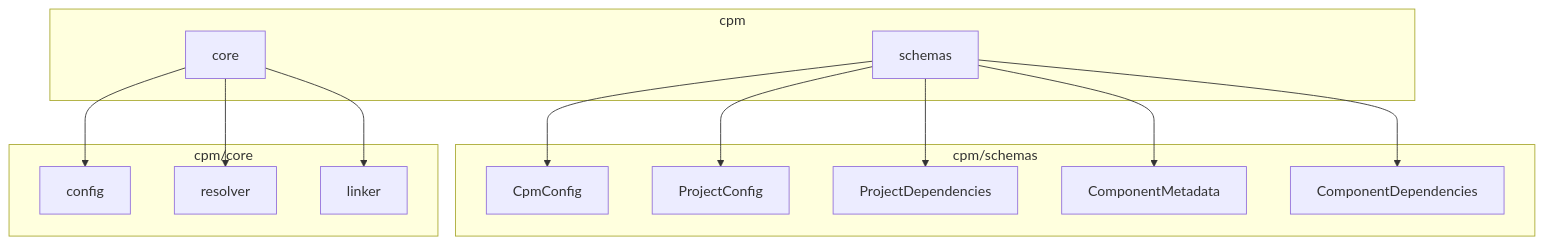
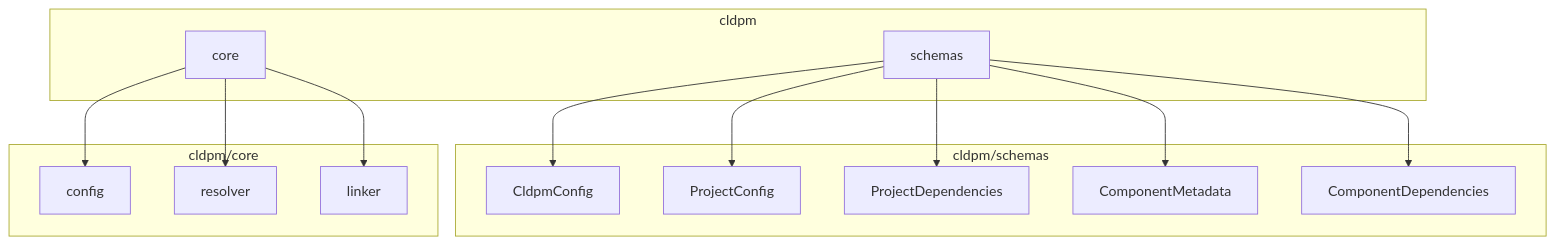
One commit to transilienceai/cldpm changed the diagram in typescript/SDK.md. Above: the diagram before and after it, drawn with Mermaid. The commit also changed other lines of this file and 148 other files, not shown here.

Commit message:
chore: update the package name from cpm to cldpm

````diff
--- a/typescript/SDK.md
+++ b/typescript/SDK.md
@@ -13,31 +13,31 @@
 ```mermaid
 graph TD
-    subgraph "cpm"
+    subgraph "cldpm"
         SCHEMAS[schemas]
         CORE[core]
     end
 
-    subgraph "cpm/schemas"
-        CPM_SCHEMA[CpmConfig]
+    subgraph "cldpm/schemas"
+        CLDPM_SCHEMA[CldpmConfig]
         PROJ_SCHEMA[ProjectConfig]
         DEPS_SCHEMA[ProjectDependencies]
         COMP_META[ComponentMetadata]
         COMP_DEPS[ComponentDependencies]
     end
 
-    subgraph "cpm/core"
+    subgraph "cldpm/core"
         CONFIG[config]
         RESOLVER[resolver]
         LINKER[linker]
     end
 
-    SCHEMAS --> CPM_SCHEMA
+    SCHEMAS --> CLDPM_SCHEMA
     SCHEMAS --> PROJ_SCHEMA
     SCHEMAS --> DEPS_SCHEMA
     SCHEMAS --> COMP_META
     SCHEMAS --> COMP_DEPS
 
     CORE --> CONFIG
     CORE --> RESOLVER
     CORE --> LINKER
 ```
````
